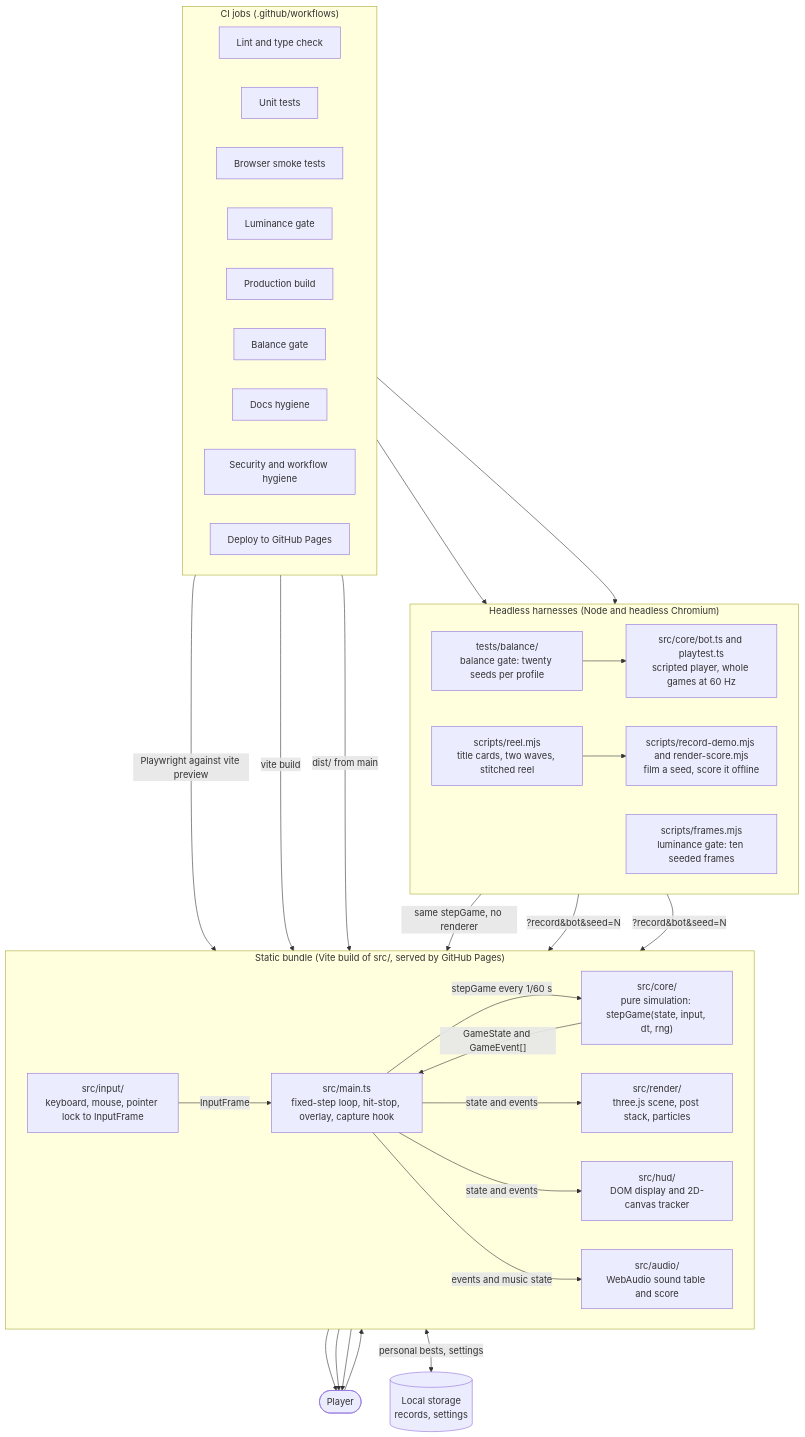
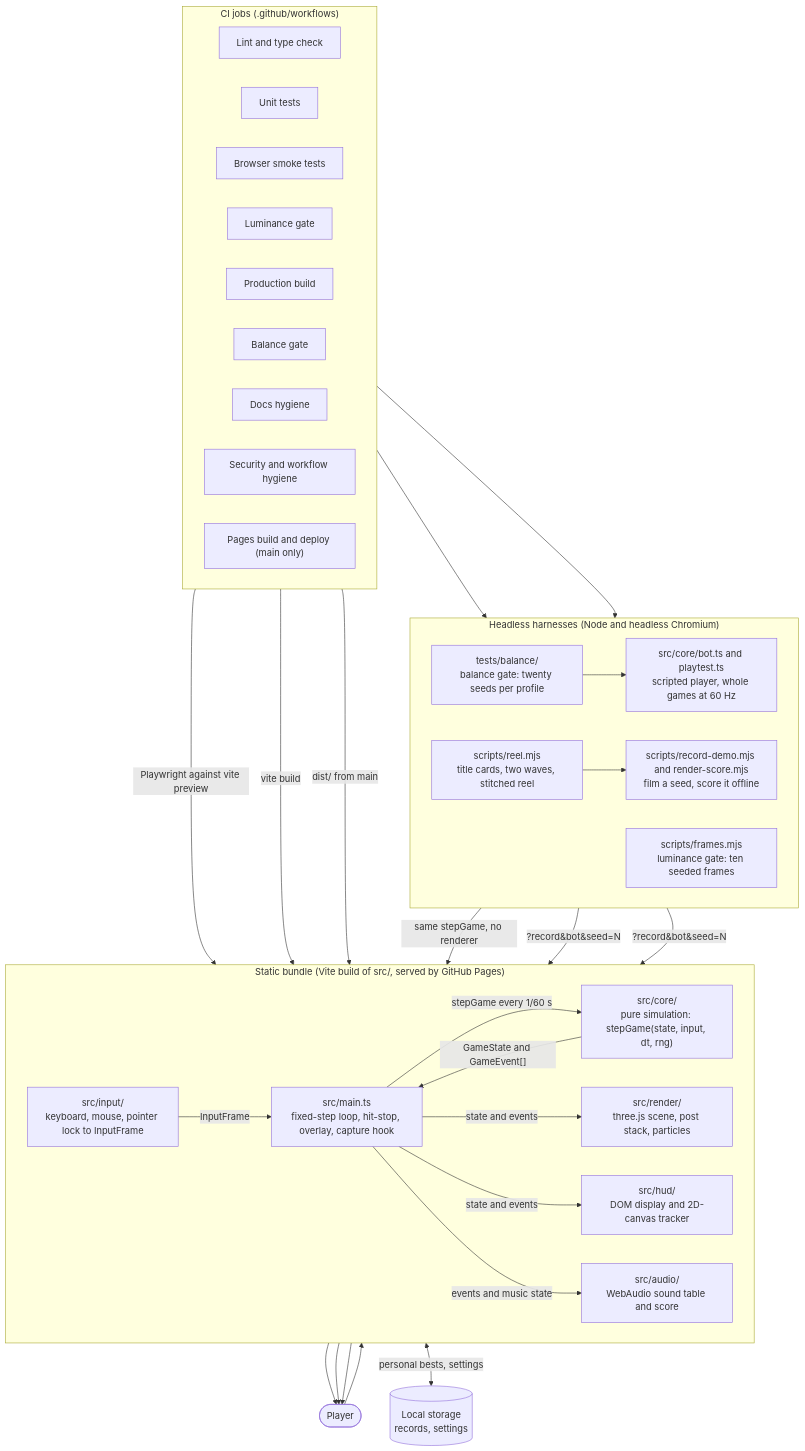
The diagram in docs/architecture/diagrams/containers.mmd (agh/ringfall), drawn with Mermaid before and after one commit. The commit also changed 10 other files, not shown here.

First line of the commit message:
docs(architecture): regenerate after the UX review and the Pages jobs moved into ci.yml

```diff
--- a/docs/architecture/diagrams/containers.mmd
+++ b/docs/architecture/diagrams/containers.mmd
@@ -1,54 +1,54 @@
 %%{init: {"flowchart": {"curve": "basis"}} }%%
 flowchart TB
   player(["Player"])
   subgraph bundle["Static bundle (Vite build of src/, served by GitHub Pages)"]
     direction LR
     input["src/input/<br/>keyboard, mouse, pointer lock to InputFrame"]
     main["src/main.ts<br/>fixed-step loop, hit-stop, overlay, capture hook"]
     core["src/core/<br/>pure simulation: stepGame(state, input, dt, rng)"]
     render["src/render/<br/>three.js scene, post stack, particles"]
     hud["src/hud/<br/>DOM display and 2D-canvas tracker"]
     audio["src/audio/<br/>WebAudio sound table and score"]
   end
   storage[("Local storage<br/>records, settings")]
   subgraph headless["Headless harnesses (Node and headless Chromium)"]
     direction LR
     bot["src/core/bot.ts and playtest.ts<br/>scripted player, whole games at 60 Hz"]
     balance["tests/balance/<br/>balance gate: twenty seeds per profile"]
     frames["scripts/frames.mjs<br/>luminance gate: ten seeded frames"]
     recorder["scripts/record-demo.mjs and render-score.mjs<br/>film a seed, score it offline"]
     reel["scripts/reel.mjs<br/>title cards, two waves, stitched reel"]
   end
   subgraph ci["CI jobs (.github/workflows)"]
     direction LR
     lint["Lint and type check"]
     unit["Unit tests"]
     e2e["Browser smoke tests"]
     gate["Luminance gate"]
     build["Production build"]
     bal["Balance gate"]
     docs["Docs hygiene"]
     security["Security and workflow hygiene"]
-    deploy["Deploy to GitHub Pages"]
+    deploy["Pages build and deploy (main only)"]
   end
   player --> input
   input -->|"InputFrame"| main
   main -->|"stepGame every 1/60 s"| core
   core -->|"GameState and GameEvent[]"| main
   main -->|"state and events"| render
   main -->|"state and events"| hud
   main -->|"events and music state"| audio
   render --> player
   hud --> player
   audio --> player
   main <-->|"personal bests, settings"| storage
   bot -->|"same stepGame, no renderer"| core
   balance --> bot
   recorder -->|"?record&bot&seed=N"| main
   frames -->|"?record&bot&seed=N"| main
   reel --> recorder
   bal --> balance
   gate --> frames
   e2e -->|"Playwright against vite preview"| bundle
   build -->|"vite build"| bundle
   deploy -->|"dist/ from main"| bundle
```
